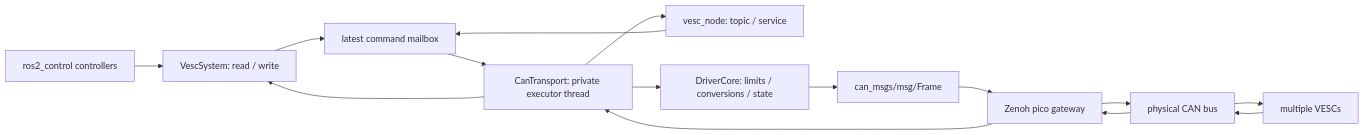
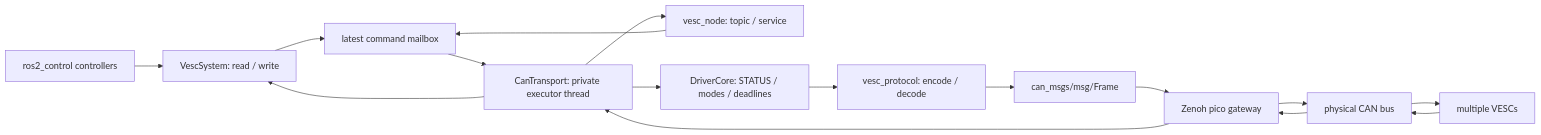
Before and after one commit to ryo-0723/vesc_can_ros2_control: the diagram in docs/architecture.md, drawn with Mermaid. The commit also changed other lines of this file and 26 other files, not shown here.

````diff
--- a/docs/architecture.md
+++ b/docs/architecture.md
@@ -19,17 +20,18 @@
 ```mermaid
 flowchart LR
   C[ros2_control controllers] --> H[VescSystem: read / write]
   N[vesc_node: topic / service] --> M[latest command mailbox]
   H --> M
   M --> T[CanTransport: private executor thread]
-  T --> D[DriverCore: limits / conversions / state]
-  D --> F[can_msgs/msg/Frame]
+  T --> D[DriverCore: STATUS / modes / deadlines]
+  D --> P[vesc_protocol: encode / decode]
+  P --> F[can_msgs/msg/Frame]
   F --> Z[Zenoh pico gateway]
   Z --> B[physical CAN bus]
   B --> V[multiple VESCs]
   V --> B
   B --> Z
   Z --> T
   T --> H
   T --> N
 ```
````
